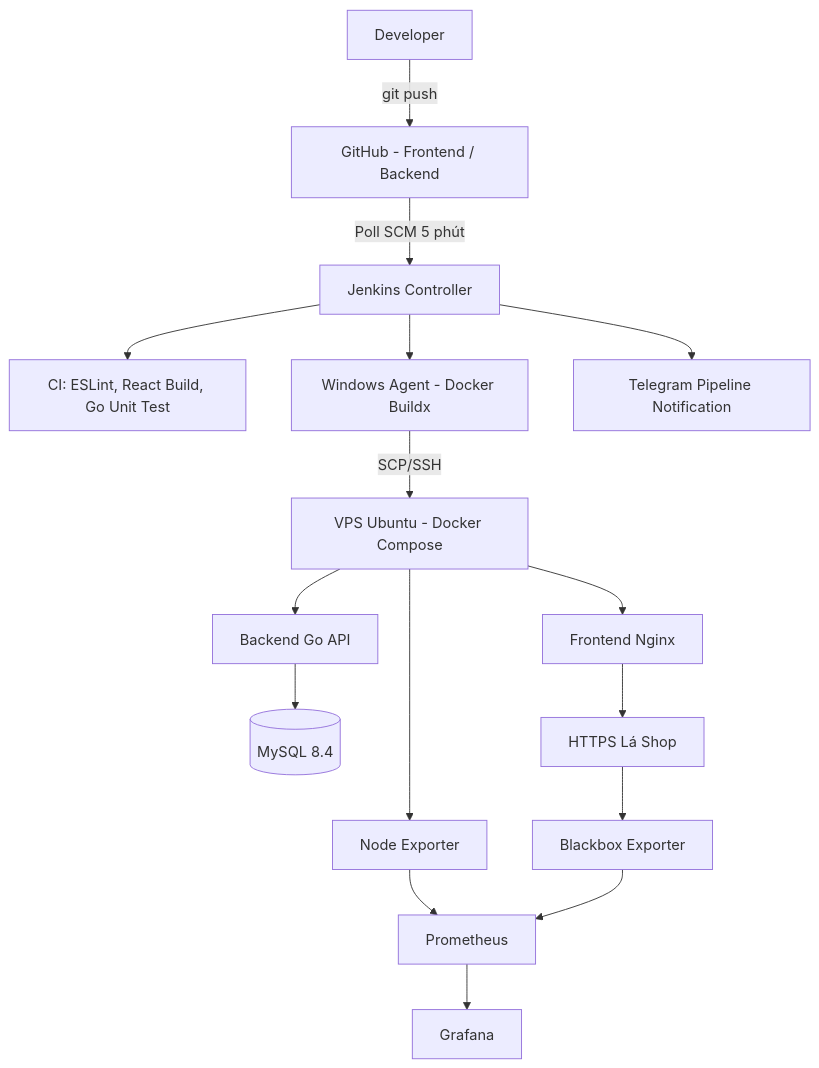
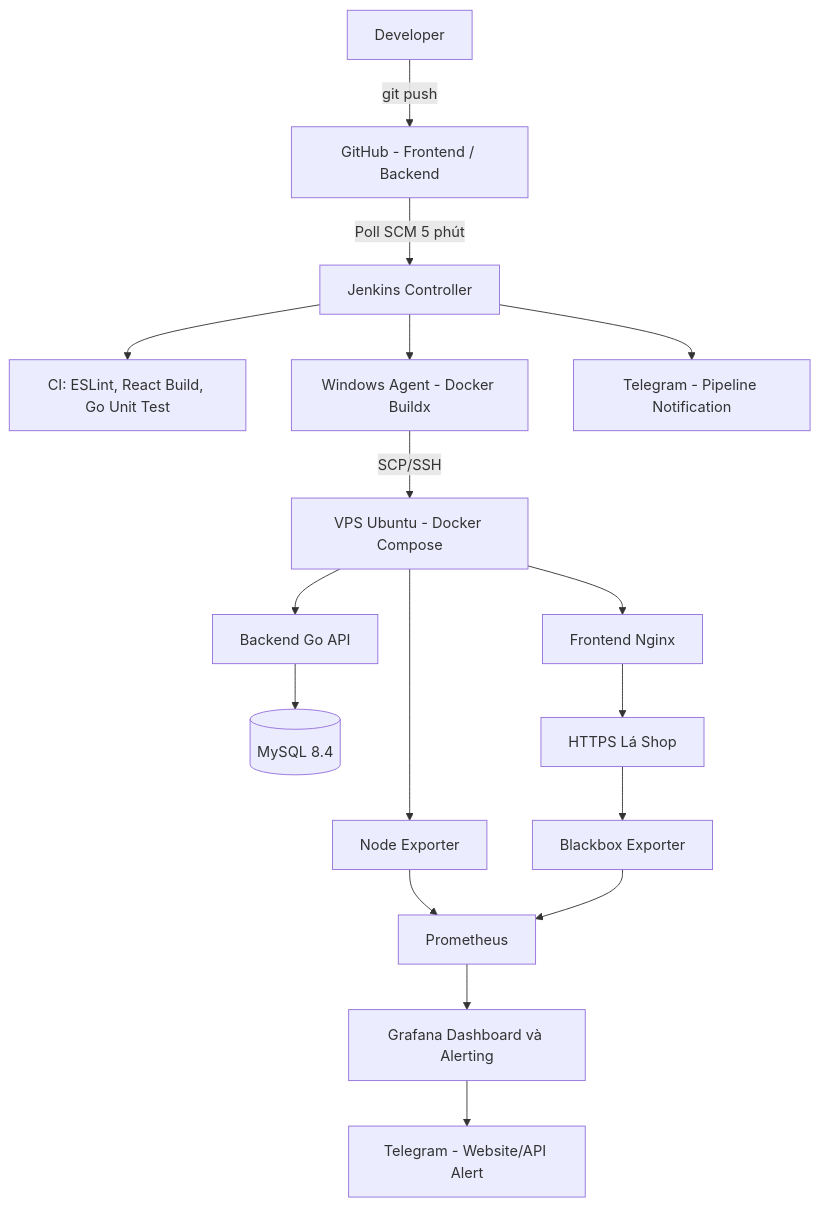
One commit to hoangphu11099/Bao_Cao_DevOps changed the diagram in DEVOPS_REPORT.md. Above: the diagram before and after it, drawn with Mermaid. The commit also changed other lines of this file and 18 other files, not shown here.

````diff
--- a/DEVOPS_REPORT.md
+++ b/DEVOPS_REPORT.md
@@ -30,18 +30,19 @@
 ```mermaid
 flowchart TD
   A[Developer] -->|git push| B[GitHub - Frontend / Backend]
   B -->|Poll SCM 5 phút| C[Jenkins Controller]
   C --> D[CI: ESLint, React Build, Go Unit Test]
   C --> E[Windows Agent - Docker Buildx]
   E -->|SCP/SSH| F[VPS Ubuntu - Docker Compose]
   F --> G[Frontend Nginx]
   F --> H[Backend Go API]
   H --> I[(MySQL 8.4)]
   G --> J[HTTPS Lá Shop]
   F --> K[Node Exporter]
   J --> L[Blackbox Exporter]
   K --> M[Prometheus]
   L --> M
-  M --> N[Grafana]
-  C --> O[Telegram Pipeline Notification]
+  M --> N[Grafana Dashboard và Alerting]
+  N --> P[Telegram - Website/API Alert]
+  C --> O[Telegram - Pipeline Notification]
 ```
````
